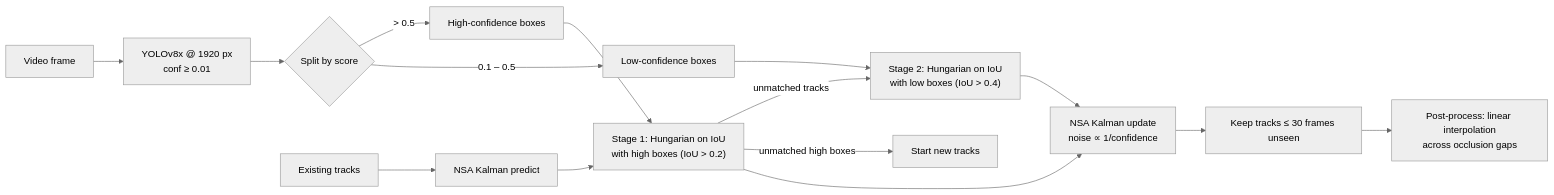
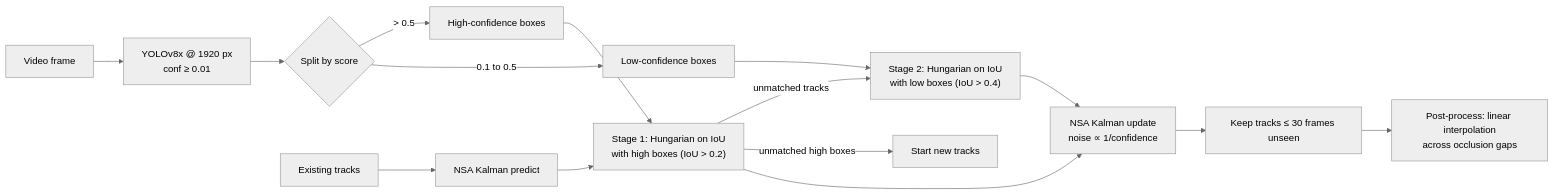
The diagram in README.md (Amandacode4/Computer-Vision-Project), drawn with Mermaid (neutral theme) before and after one commit. The commit also changed other lines of this file, not shown here.

````diff
--- a/README.md
+++ b/README.md
@@ -17,17 +17,17 @@
 ```mermaid
 flowchart LR
     V[Video frame] --> D["YOLOv8x @ 1920 px<br/>conf ≥ 0.01"]
     D --> S{Split by score}
     S -- "> 0.5" --> H[High-confidence boxes]
-    S -- "0.1 – 0.5" --> L[Low-confidence boxes]
+    S -- "0.1 to 0.5" --> L[Low-confidence boxes]
     T[Existing tracks] --> P["NSA Kalman predict"]
     P --> A1["Stage 1: Hungarian on IoU<br/>with high boxes (IoU > 0.2)"]
     H --> A1
     A1 -- unmatched tracks --> A2["Stage 2: Hungarian on IoU<br/>with low boxes (IoU > 0.4)"]
     L --> A2
     A1 -- unmatched high boxes --> N[Start new tracks]
     A2 --> U["NSA Kalman update<br/>noise ∝ 1/confidence"]
     A1 --> U
     U --> K["Keep tracks ≤ 30 frames unseen"]
     K --> I["Post-process: linear interpolation<br/>across occlusion gaps"]
 ```
````
